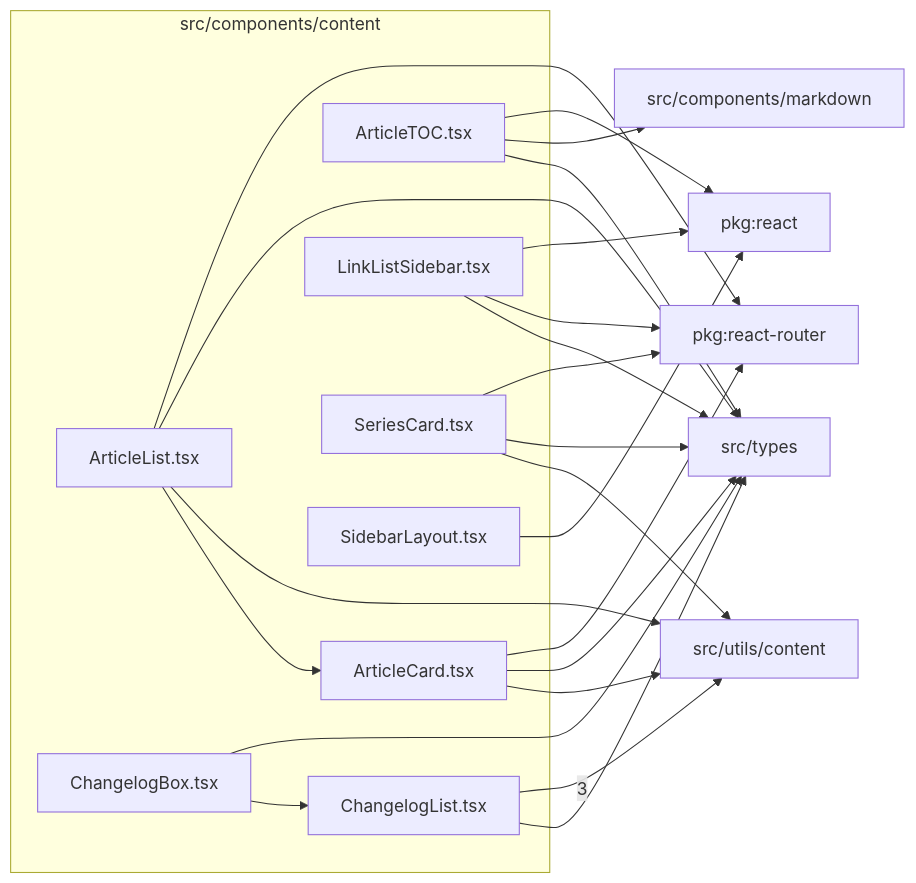
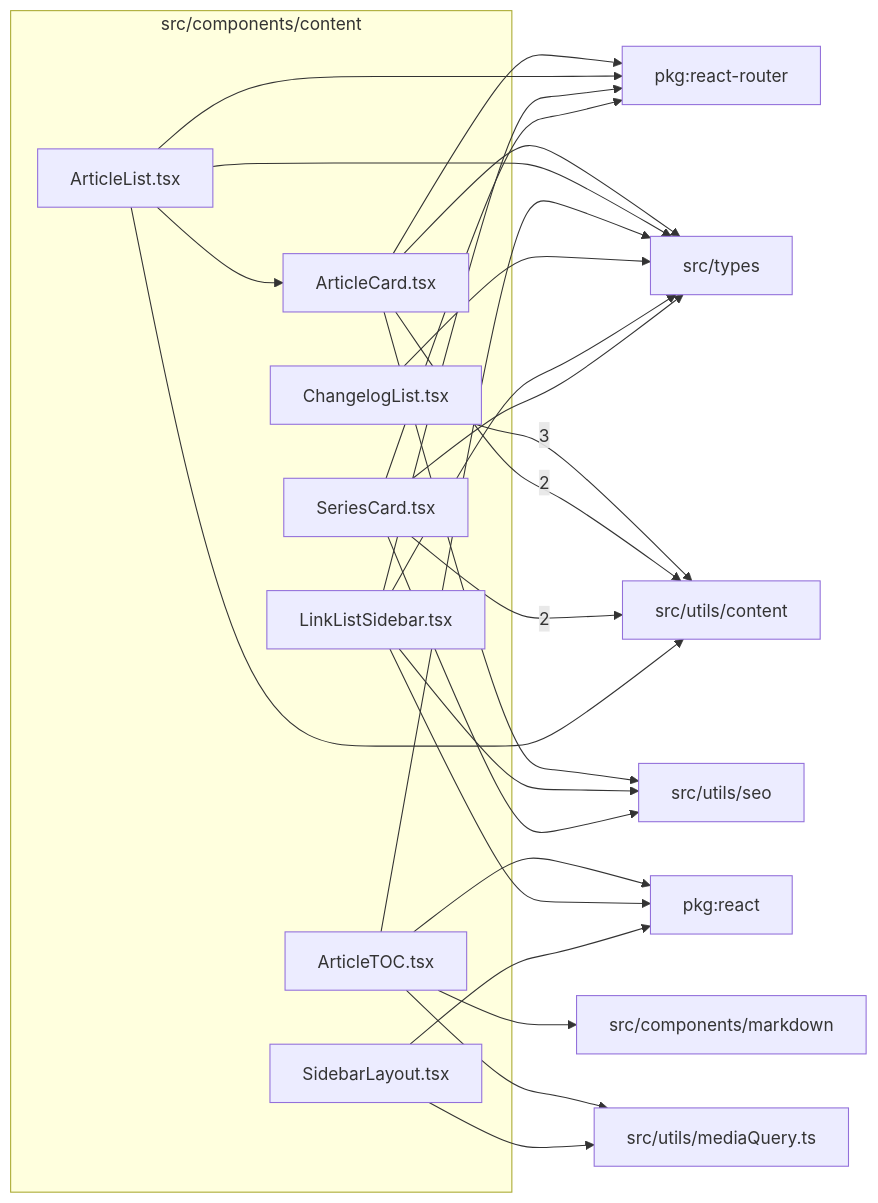
Before and after one commit to ronbuening/LensVisualizer: the diagram in src/components/content/readme.md, drawn with Mermaid. The commit also changed other lines of this file and 6 other files, not shown here.

First line of the commit message:
refactor: delete the unused ChangelogBox component (D8)

````diff
--- a/src/components/content/readme.md
+++ b/src/components/content/readme.md
@@ -9,39 +9,43 @@
 ```mermaid
 flowchart LR
   subgraph n_src_components_content["src/components/content"]
     n_src_components_content_src_components_content_ArticleCard_tsx["ArticleCard.tsx"]
     n_src_components_content_src_components_content_ArticleList_tsx["ArticleList.tsx"]
     n_src_components_content_src_components_content_ArticleTOC_tsx["ArticleTOC.tsx"]
-    n_src_components_content_src_components_content_ChangelogBox_tsx["ChangelogBox.tsx"]
     n_src_components_content_src_components_content_ChangelogList_tsx["ChangelogList.tsx"]
     n_src_components_content_src_components_content_LinkListSidebar_tsx["LinkListSidebar.tsx"]
     n_src_components_content_src_components_content_SeriesCard_tsx["SeriesCard.tsx"]
     n_src_components_content_src_components_content_SidebarLayout_tsx["SidebarLayout.tsx"]
   end
   n_external_src_utils_content["src/utils/content"]
   n_external_pkg_react["pkg:react"]
   n_external_pkg_react_router["pkg:react-router"]
   n_external_src_components_markdown["src/components/markdown"]
   n_external_src_types["src/types"]
+  n_external_src_utils_mediaQuery_ts["src/utils/mediaQuery.ts"]
+  n_external_src_utils_seo["src/utils/seo"]
   n_src_components_content_src_components_content_ChangelogList_tsx --> |3| n_external_src_utils_content
+  n_src_components_content_src_components_content_ArticleCard_tsx --> |2| n_external_src_utils_content
+  n_src_components_content_src_components_content_SeriesCard_tsx --> |2| n_external_src_utils_content
   n_src_components_content_src_components_content_ArticleTOC_tsx --> n_external_pkg_react
   n_src_components_content_src_components_content_LinkListSidebar_tsx --> n_external_pkg_react
   n_src_components_content_src_components_content_SidebarLayout_tsx --> n_external_pkg_react
   n_src_components_content_src_components_content_ArticleCard_tsx --> n_external_pkg_react_router
   n_src_components_content_src_components_content_ArticleList_tsx --> n_external_pkg_react_router
   n_src_components_content_src_components_content_LinkListSidebar_tsx --> n_external_pkg_react_router
   n_src_components_content_src_components_content_SeriesCard_tsx --> n_external_pkg_react_router
   n_src_components_content_src_components_content_ArticleTOC_tsx --> n_external_src_components_markdown
   n_src_components_content_src_components_content_ArticleCard_tsx --> n_external_src_types
   n_src_components_content_src_components_content_ArticleList_tsx --> n_external_src_types
   n_src_components_content_src_components_content_ArticleTOC_tsx --> n_external_src_types
-  n_src_components_content_src_components_content_ChangelogBox_tsx --> n_external_src_types
   n_src_components_content_src_components_content_ChangelogList_tsx --> n_external_src_types
   n_src_components_content_src_components_content_LinkListSidebar_tsx --> n_external_src_types
   n_src_components_content_src_components_content_SeriesCard_tsx --> n_external_src_types
-  n_src_components_content_src_components_content_ArticleCard_tsx --> n_external_src_utils_content
   n_src_components_content_src_components_content_ArticleList_tsx --> n_external_src_utils_content
-  n_src_components_content_src_components_content_SeriesCard_tsx --> n_external_src_utils_content
+  n_src_components_content_src_components_content_ArticleTOC_tsx --> n_external_src_utils_mediaQuery_ts
+  n_src_components_content_src_components_content_SidebarLayout_tsx --> n_external_src_utils_mediaQuery_ts
+  n_src_components_content_src_components_content_ArticleCard_tsx --> n_external_src_utils_seo
+  n_src_components_content_src_components_content_LinkListSidebar_tsx --> n_external_src_utils_seo
+  n_src_components_content_src_components_content_SeriesCard_tsx --> n_external_src_utils_seo
   n_src_components_content_src_components_content_ArticleList_tsx --> n_src_components_content_src_components_content_ArticleCard_tsx
-  n_src_components_content_src_components_content_ChangelogBox_tsx --> n_src_components_content_src_components_content_ChangelogList_tsx
 ```
````
